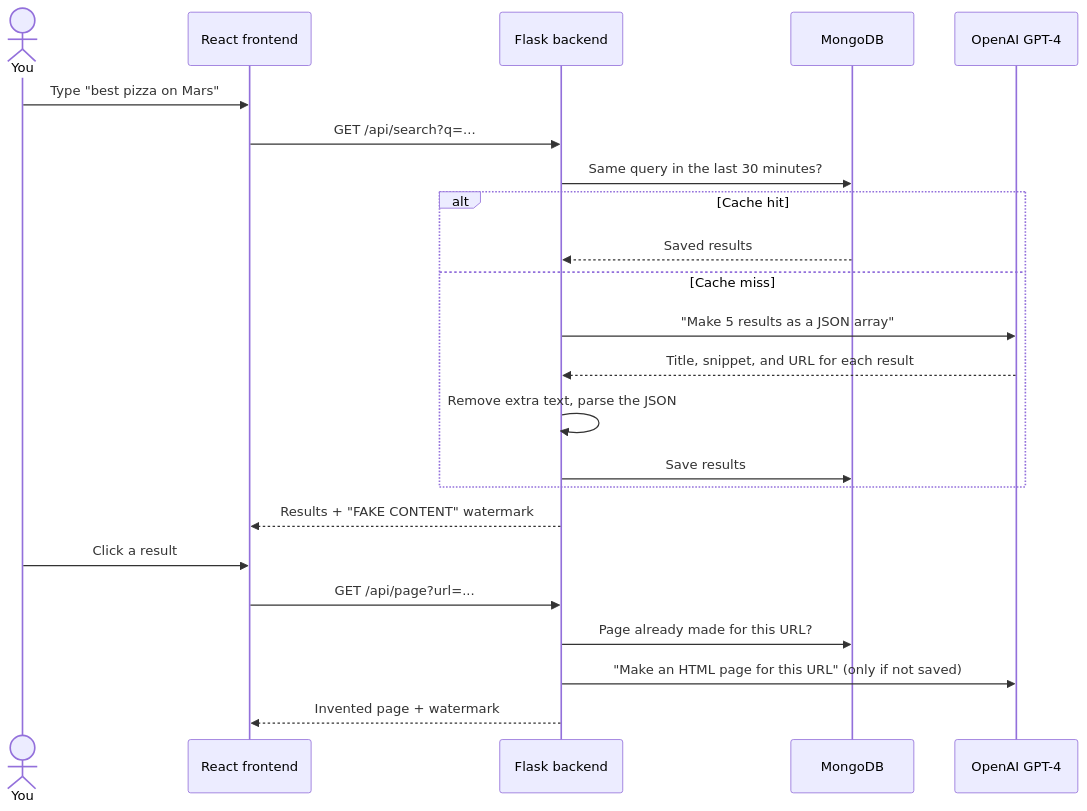
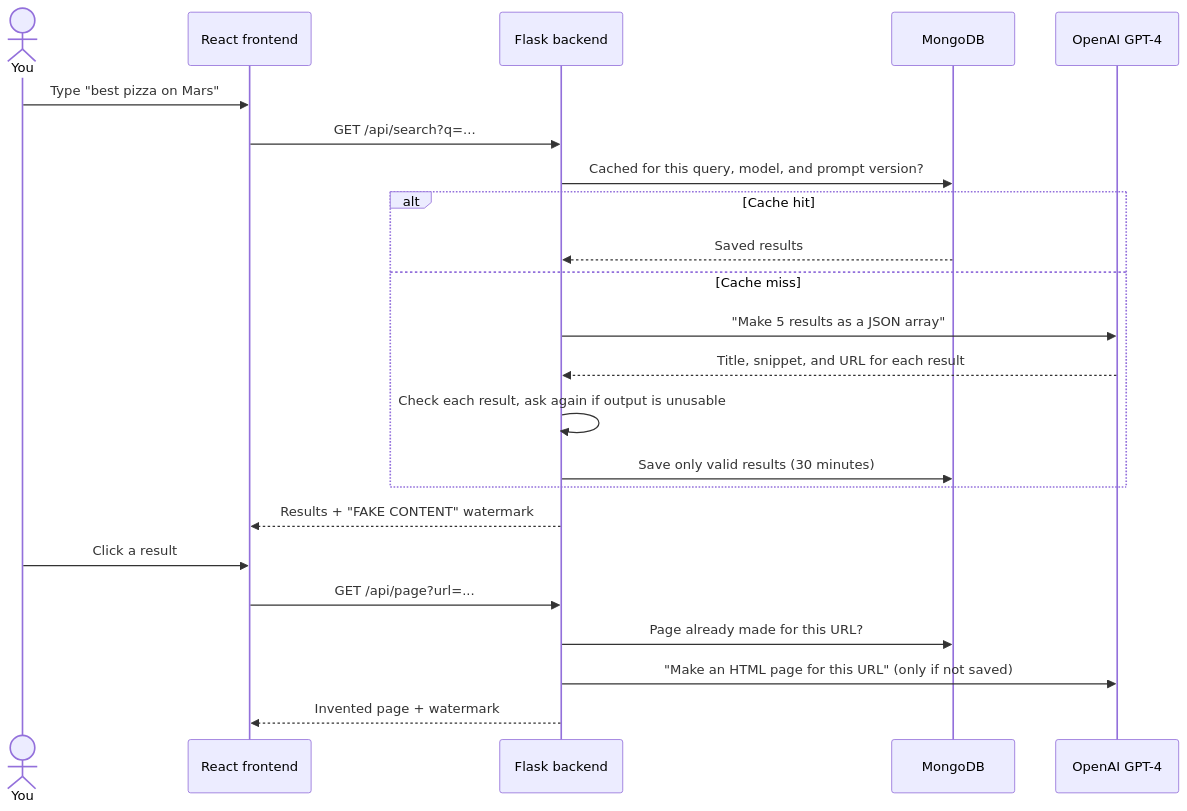
Before and after one commit to NickZhuxy/Giggle: the first of 3 diagrams in README.md, drawn with Mermaid. The commit also changed other lines of this file and 21 other files, not shown here.

````diff
--- a/README.md
+++ b/README.md
@@ -13,26 +13,26 @@
 ```mermaid
 sequenceDiagram
     actor U as You
     participant F as React frontend
     participant B as Flask backend
     participant DB as MongoDB
     participant AI as OpenAI GPT-4
 
     U->>F: Type "best pizza on Mars"
     F->>B: GET /api/search?q=...
-    B->>DB: Same query in the last 30 minutes?
+    B->>DB: Cached for this query, model, and prompt version?
     alt Cache hit
         DB-->>B: Saved results
     else Cache miss
         B->>AI: "Make 5 results as a JSON array"
         AI-->>B: Title, snippet, and URL for each result
-        B->>B: Remove extra text, parse the JSON
-        B->>DB: Save results
+        B->>B: Check each result, ask again if output is unusable
+        B->>DB: Save only valid results (30 minutes)
     end
     B-->>F: Results + "FAKE CONTENT" watermark
     U->>F: Click a result
     F->>B: GET /api/page?url=...
     B->>DB: Page already made for this URL?
     B->>AI: "Make an HTML page for this URL" (only if not saved)
     B-->>F: Invented page + watermark
 ```
````
